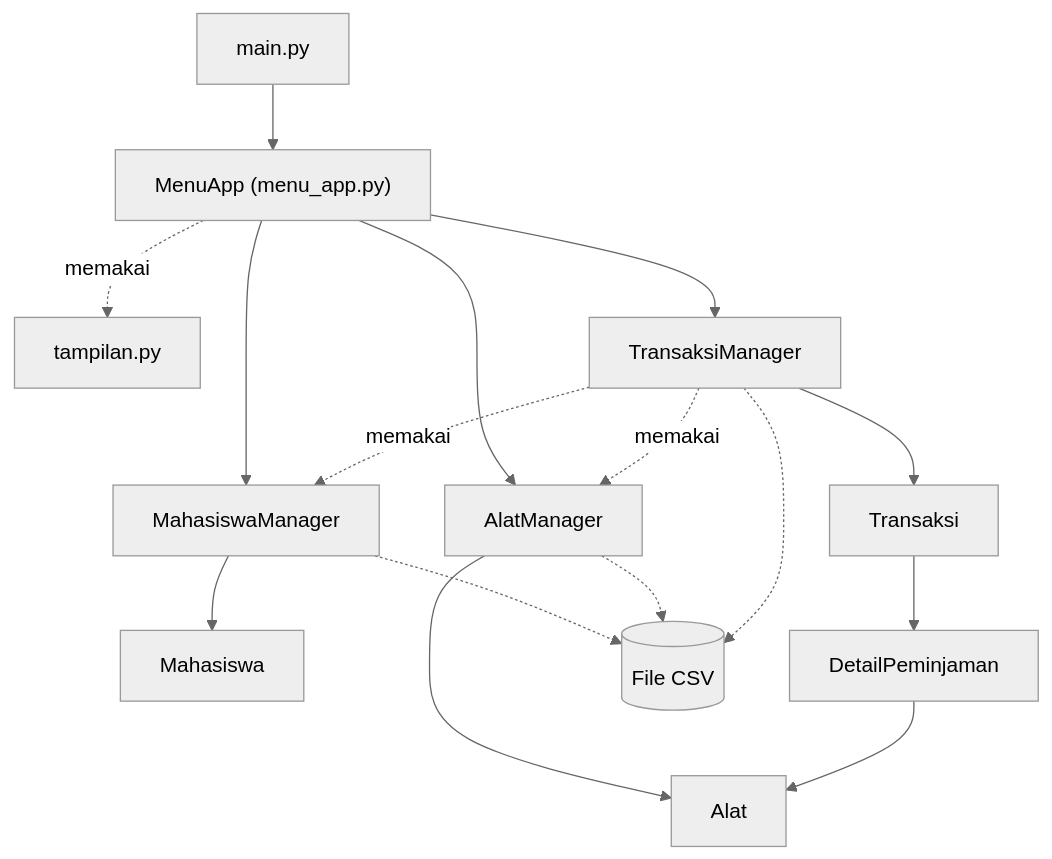
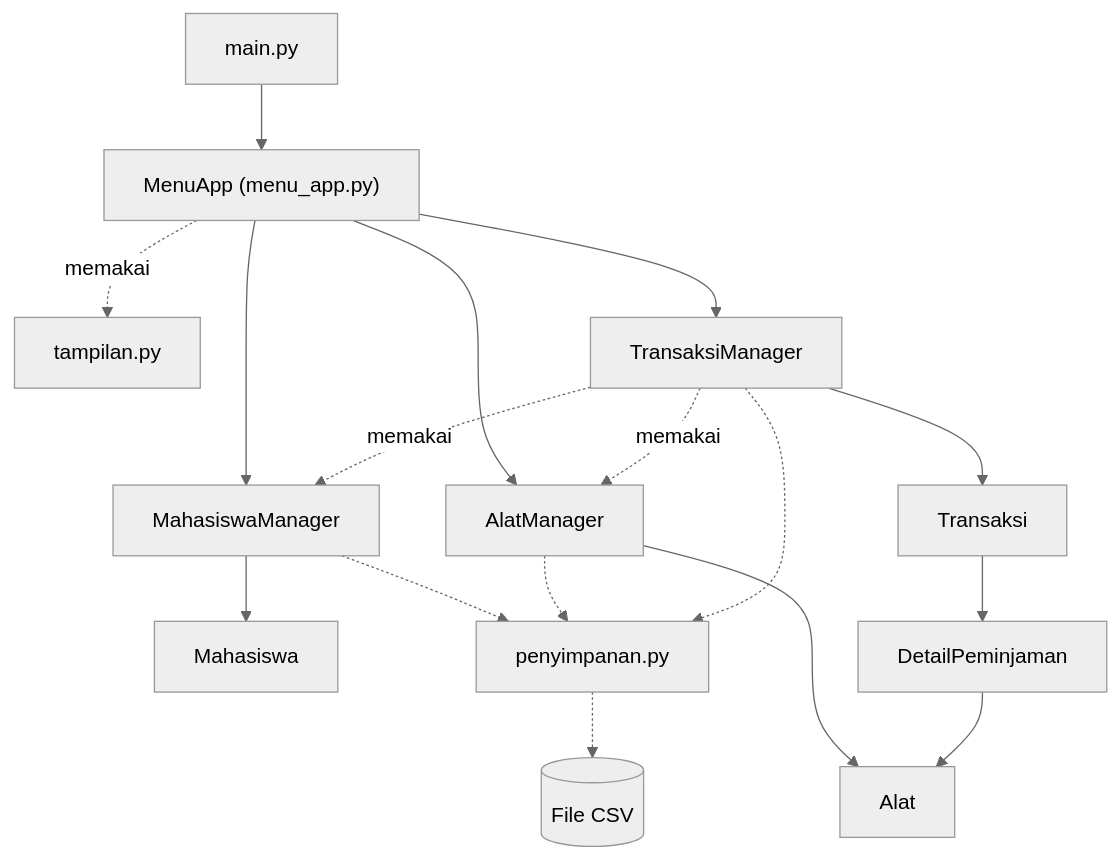
The second of 2 diagrams in readme.md (relzajaa/cobaaa), drawn with Mermaid (neutral theme) before and after one commit. The commit also changed other lines of this file, not shown here.

````diff
--- a/readme.md
+++ b/readme.md
@@ -160,18 +168,19 @@
 ```mermaid
 flowchart TD
     A["main.py"] --> B["MenuApp (menu_app.py)"]
     B -. memakai .-> T["tampilan.py"]
     B --> M1["MahasiswaManager"]
     B --> M2["AlatManager"]
     B --> M3["TransaksiManager"]
     M3 -. memakai .-> M1
     M3 -. memakai .-> M2
     M1 --> D1["Mahasiswa"]
     M2 --> D2["Alat"]
     M3 --> D3["Transaksi"]
     D3 --> D4["DetailPeminjaman"]
     D4 --> D2
-    M1 -.-> CSV[("File CSV")]
-    M2 -.-> CSV
-    M3 -.-> CSV
+    M1 -.-> P["penyimpanan.py"]
+    M2 -.-> P
+    M3 -.-> P
+    P -.-> CSV[("File CSV")]
 ```
````
